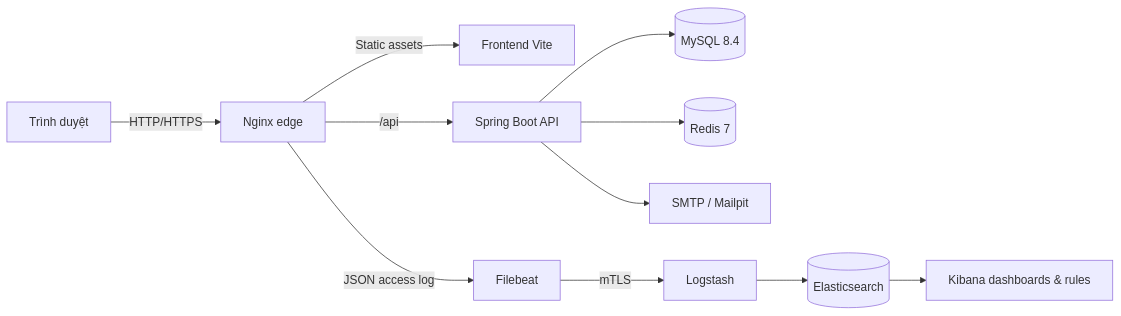
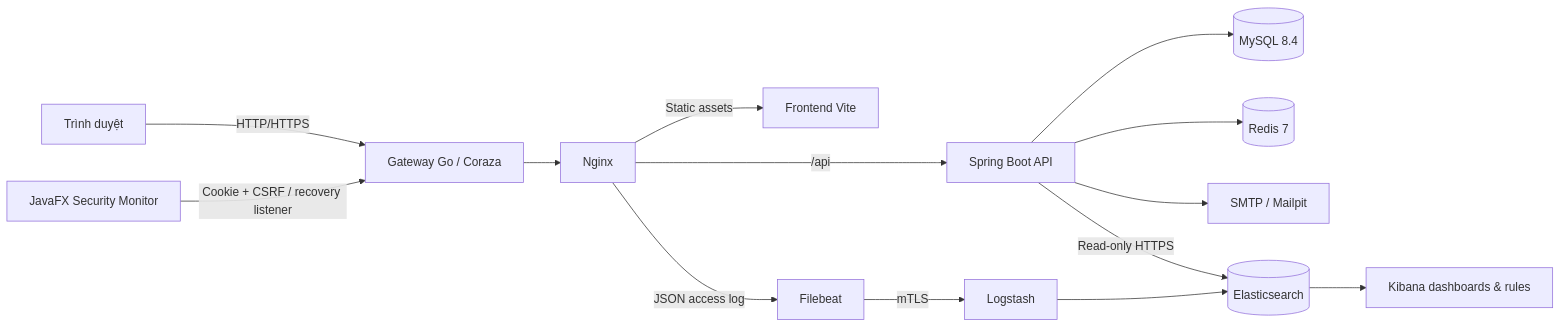
One commit to VoThanhQuan-Pentest/PBL4 changed the diagram in README.md. Above: the diagram before and after it, drawn with Mermaid. The commit also changed other lines of this file and 315 other files, not shown here.

````diff
--- a/README.md
+++ b/README.md
@@ -91,14 +144,17 @@
 ```mermaid
 flowchart LR
-    Browser[Trình duyệt] -->|HTTP/HTTPS| Nginx[Nginx edge]
+    Browser[Trình duyệt] -->|HTTP/HTTPS| Gateway[Gateway Go / Coraza]
+    Gateway --> Nginx[Nginx]
     Nginx -->|Static assets| Frontend[Frontend Vite]
     Nginx -->|/api| Backend[Spring Boot API]
     Backend --> MySQL[(MySQL 8.4)]
     Backend --> Redis[(Redis 7)]
     Backend --> SMTP[SMTP / Mailpit]
+    Desktop[JavaFX Security Monitor] -->|Cookie + CSRF / recovery listener| Gateway
 
     Nginx -->|JSON access log| Filebeat[Filebeat]
     Filebeat -->|mTLS| Logstash[Logstash]
     Logstash --> Elasticsearch[(Elasticsearch)]
     Elasticsearch --> Kibana[Kibana dashboards & rules]
+    Backend -->|Read-only HTTPS| Elasticsearch
 ```
````
